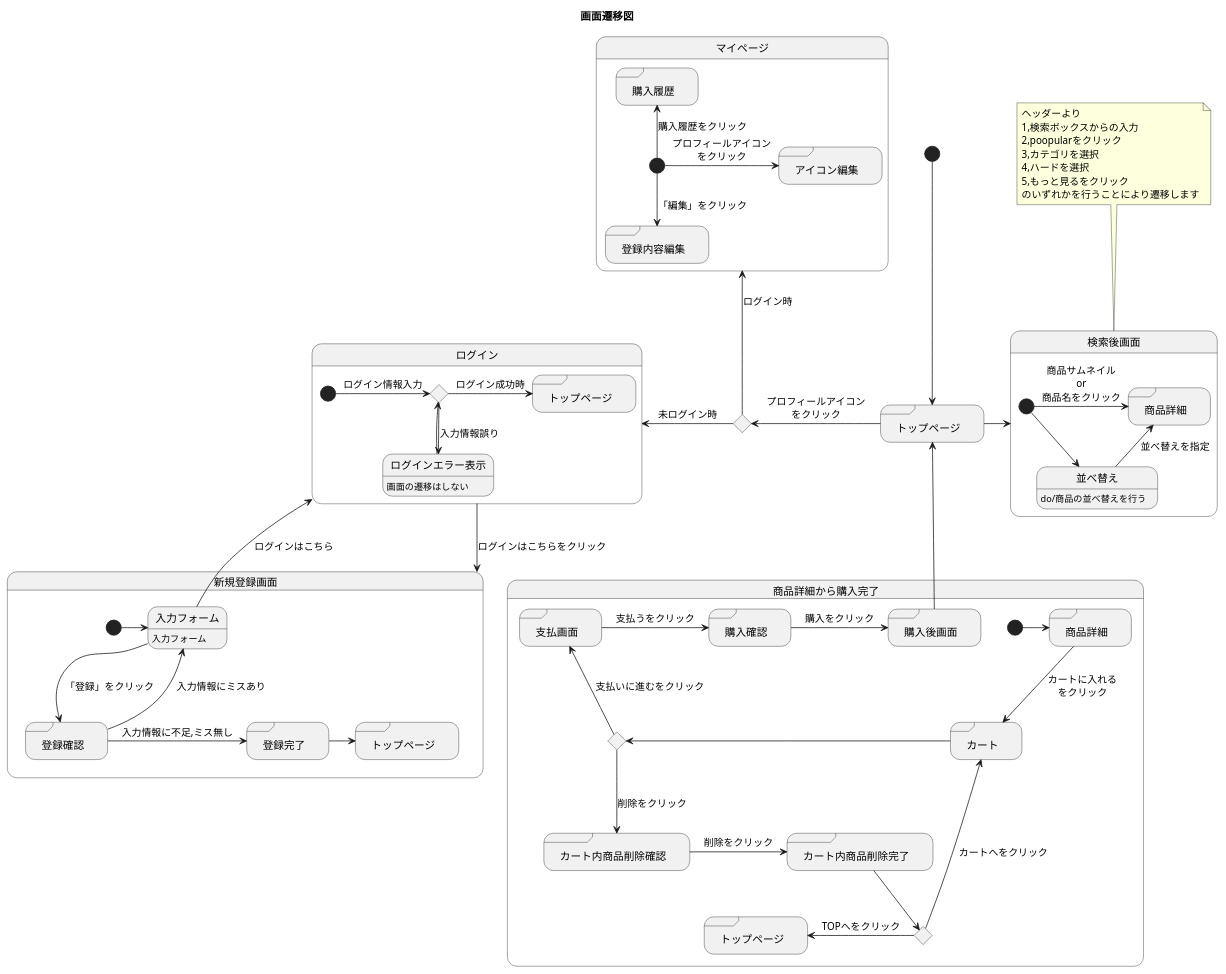
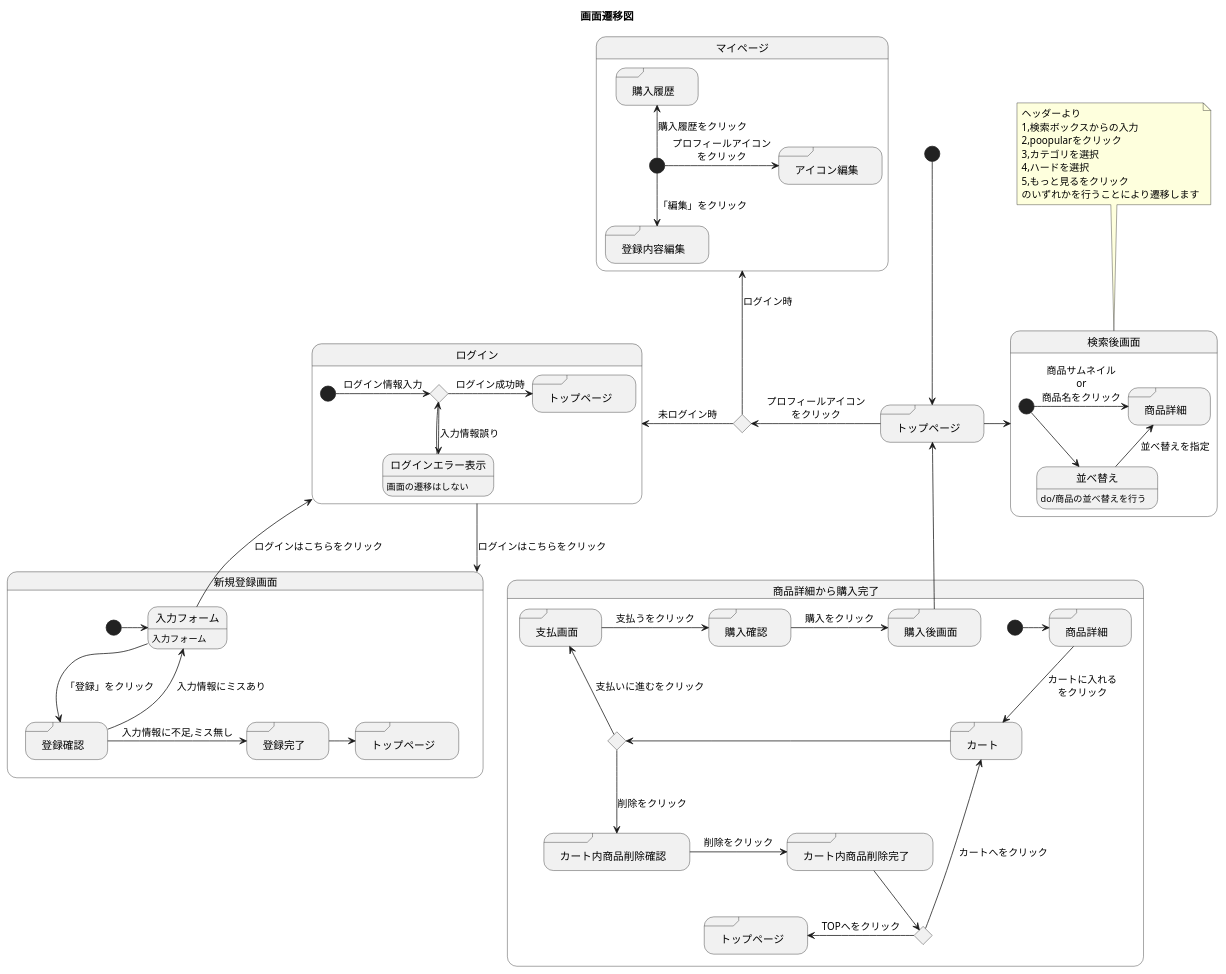
Before and after one commit to akutori/T-D-E: the diagram in UML.md, drawn with PlantUML.

Commit message:
修正￥

```diff
--- a/UML.md
+++ b/UML.md
@@ -89,7 +89,7 @@
 
 [*]->入力フォーム
 入力フォーム->checkregist : 「登録」をクリック
-入力フォーム -up-> ログイン : ログインはこちら
+入力フォーム -up-> ログイン : ログインはこちらをクリック
 checkregist -> okregist : 入力情報に不足,ミス無し
 okregist -> maininregist
 checkregist -up-> 入力フォーム : 入力情報にミスあり
```
